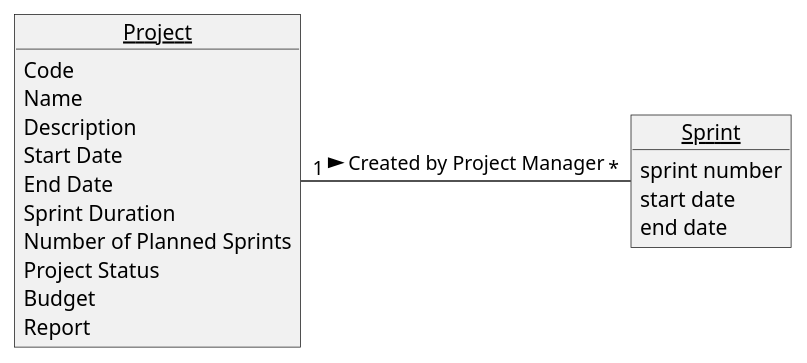
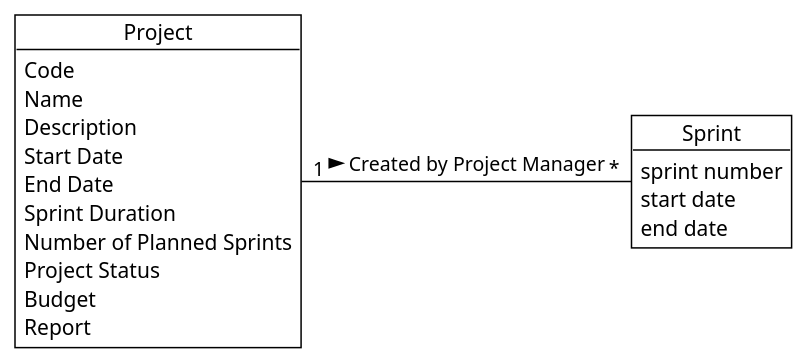
One commit to ivo-menezes/project_g3 changed the diagram in docs/modelling_design/user_stories/us019/US019_CreateSprintDMD.puml. Above: the diagram before and after it, drawn with PlantUML.

Commit message:
US019: Analysis: Changed theme of partial DMD.

```diff
--- a/docs/modelling_design/user_stories/us019/US019_CreateSprintDMD.puml
+++ b/docs/modelling_design/user_stories/us019/US019_CreateSprintDMD.puml
@@ -1,26 +1,25 @@
 @startuml
-skinparam style strictuml
-skinparam groupInheritance 3
+!theme plain
 
 Object Sprint {
 sprint number
 start date
 end date
 }
 
 Object Project {
 Code
 Name
 Description
 Start Date
 End Date
 Sprint Duration
 Number of Planned Sprints
 Project Status
 Budget
 Report
 }
 
 "Sprint" "*" -left- "1" "Project": Created by Project Manager  <
 
 @enduml
```
